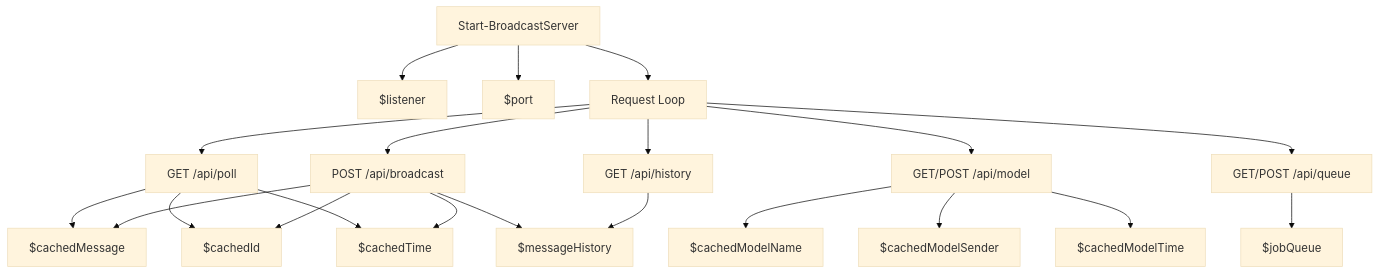
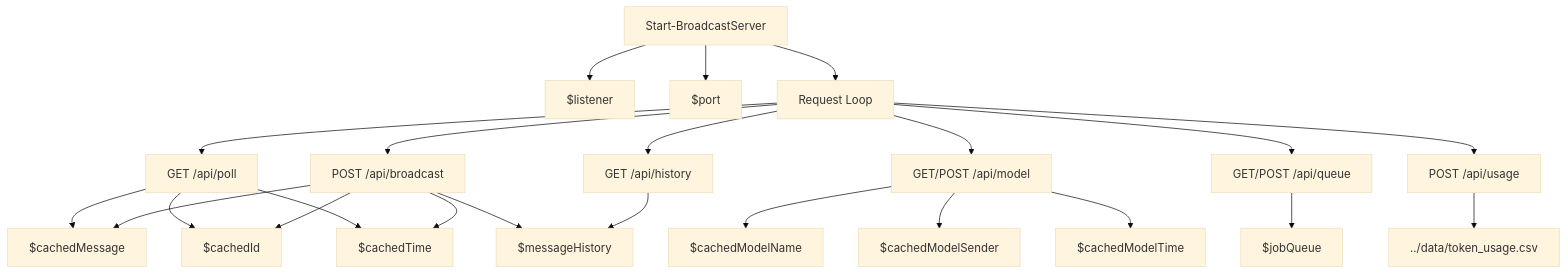
The diagram in docs/variables'n'functions/PowerShell/broadcast_server.md (DovahkiinYuzuko/ddo-saba), drawn with Mermaid (base theme) before and after one commit. The commit also changed other lines of this file and 11 other files, not shown here.

````diff
--- a/docs/variables'n'functions/PowerShell/broadcast_server.md
+++ b/docs/variables'n'functions/PowerShell/broadcast_server.md
@@ -71,23 +73,25 @@
 ```mermaid
 graph TD
     start[Start-BroadcastServer] --> listener[$listener]
     start --> port[$port]
     start --> loop[Request Loop]
     loop --> poll[GET /api/poll]
     loop --> broadcast[POST /api/broadcast]
     loop --> history[GET /api/history]
     loop --> model[GET/POST /api/model]
     loop --> queue[GET/POST /api/queue]
+    loop --> usage[POST /api/usage]
     poll --> cacheMsg[$cachedMessage]
     poll --> cacheId[$cachedId]
     poll --> cacheTime[$cachedTime]
     broadcast --> cacheMsg
     broadcast --> cacheId
     broadcast --> cacheTime
     broadcast --> cacheHist[$messageHistory]
     history --> cacheHist
     model --> cacheModelName[$cachedModelName]
     model --> cacheModelSender[$cachedModelSender]
     model --> cacheModelTime[$cachedModelTime]
     queue --> jobQueue[$jobQueue]
+    usage --> csvFile["../data/token_usage.csv"]
 ```
````
